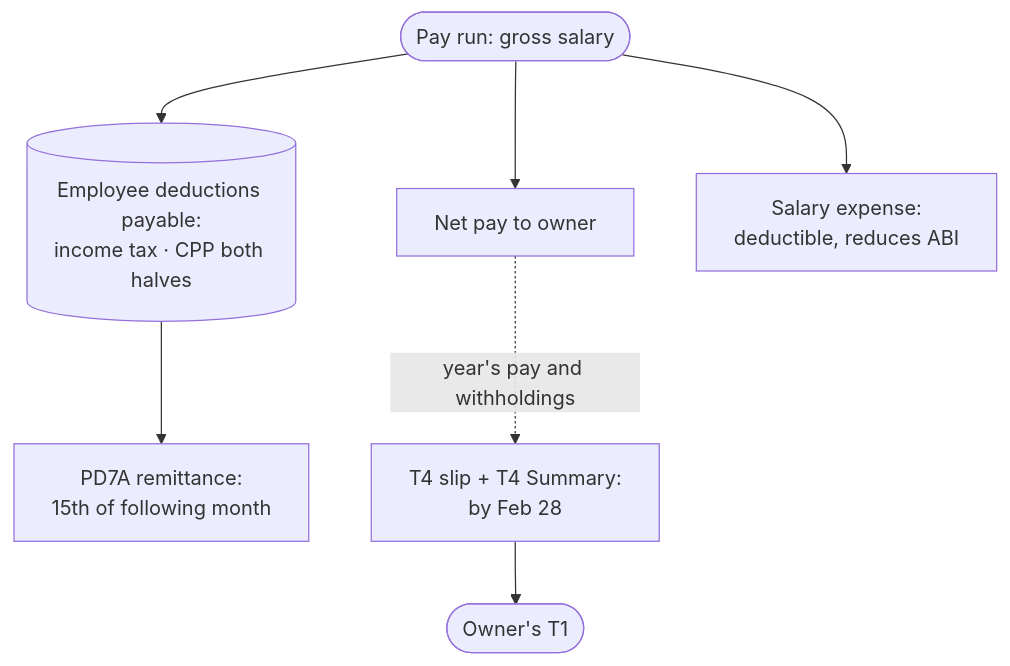
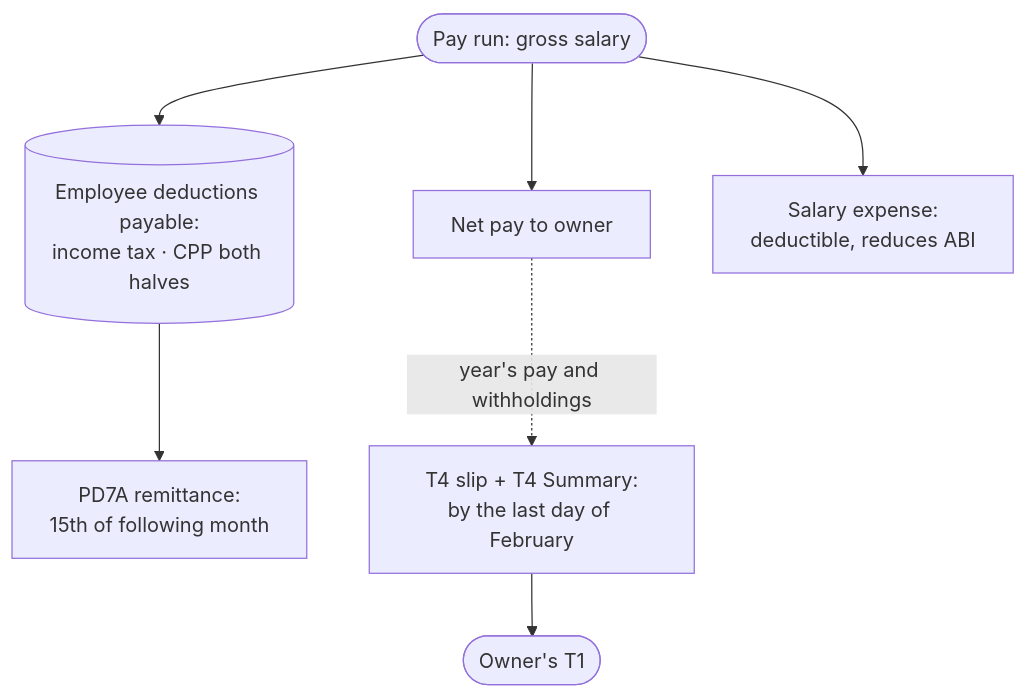
One commit to alexoooo/canadian-corp-info changed the diagram in guide/Paying-Yourself/Payroll.md. Above: the diagram before and after it, drawn with Mermaid. The commit also changed other lines of this file and 45 other files, not shown here.

````diff
--- a/guide/Paying-Yourself/Payroll.md
+++ b/guide/Paying-Yourself/Payroll.md
@@ -34,17 +34,17 @@
 ```mermaid
 flowchart TB
     RUN(["Pay run: gross salary"])
     NET["Net pay to owner"]
     LIAB[("Employee deductions payable:<br/>income tax · CPP both halves")]
     REMIT["PD7A remittance:<br/>15th of following month"]
     EXP["Salary expense:<br/>deductible, reduces ABI"]
-    T4["T4 slip + T4 Summary:<br/>by Feb 28"]
+    T4["T4 slip + T4 Summary:<br/>by the last day of February"]
     T1(["Owner's T1"])
 
     RUN --> NET
     RUN --> LIAB
     RUN --> EXP
     LIAB --> REMIT
     NET -.->|year's pay and withholdings| T4
     T4 --> T1
 ```
````
